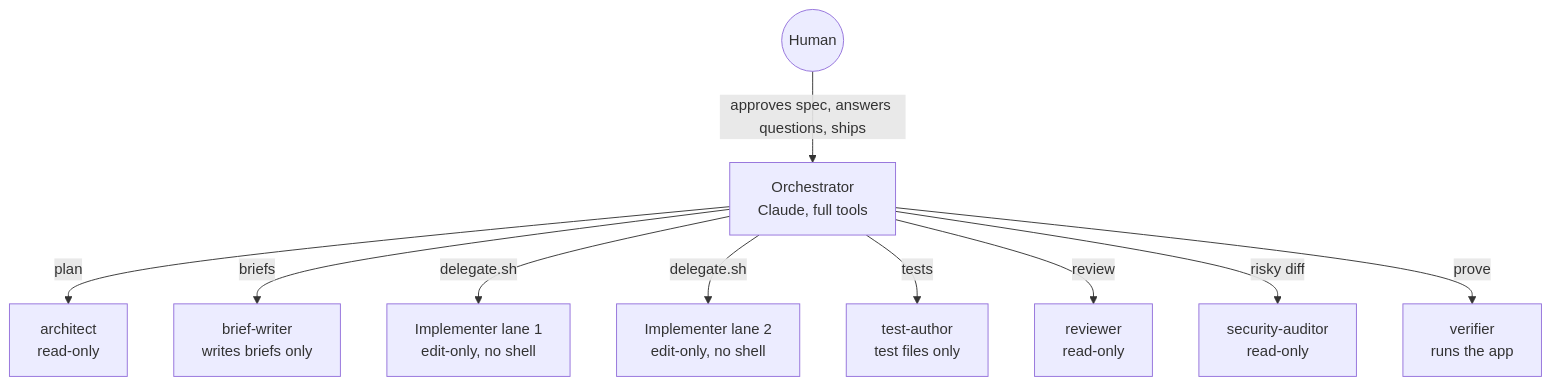
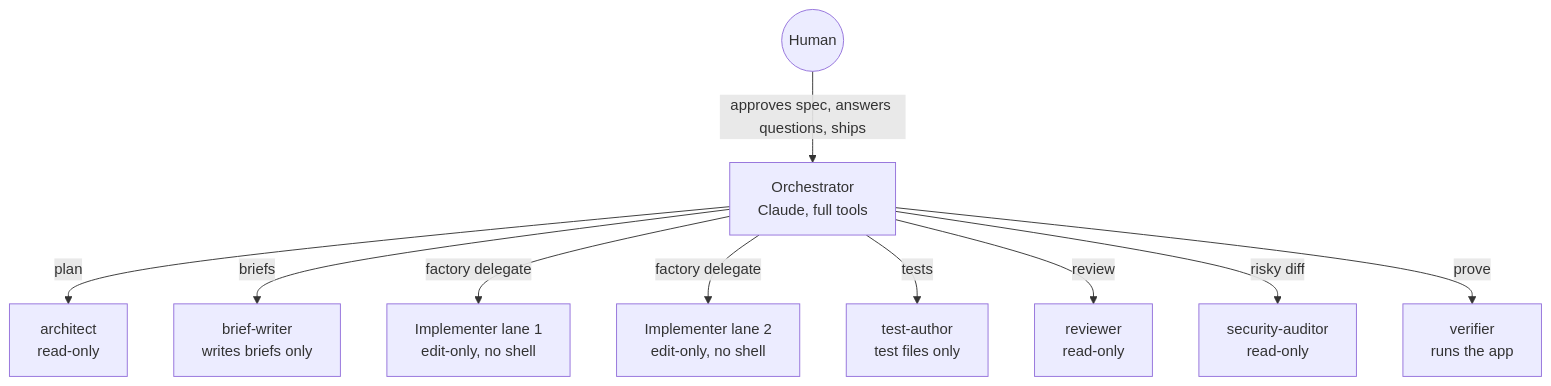
One commit to ameenmv/software-factory changed the diagram in docs/03-roles.md. Above: the diagram before and after it, drawn with Mermaid. The commit also changed 10 other files, not shown here.

First line of the commit message:
feat: port delegate to Node as `factory delegate`

````diff
--- a/docs/03-roles.md
+++ b/docs/03-roles.md
@@ -7,12 +7,12 @@
 ```mermaid
 flowchart TB
   H((Human)) -- approves spec, answers questions, ships --> O
   O[Orchestrator<br/>Claude, full tools] -- plan --> AR[architect<br/>read-only]
   O -- briefs --> BW[brief-writer<br/>writes briefs only]
-  O -- delegate.sh --> I1[Implementer lane 1<br/>edit-only, no shell]
-  O -- delegate.sh --> I2[Implementer lane 2<br/>edit-only, no shell]
+  O -- factory delegate --> I1[Implementer lane 1<br/>edit-only, no shell]
+  O -- factory delegate --> I2[Implementer lane 2<br/>edit-only, no shell]
   O -- tests --> TA[test-author<br/>test files only]
   O -- review --> RV[reviewer<br/>read-only]
   O -- risky diff --> SA[security-auditor<br/>read-only]
   O -- prove --> VF[verifier<br/>runs the app]
 ```
````
